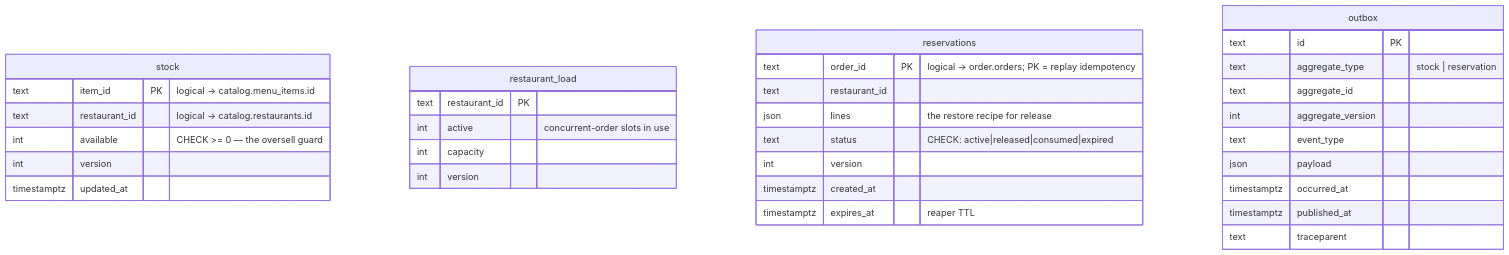
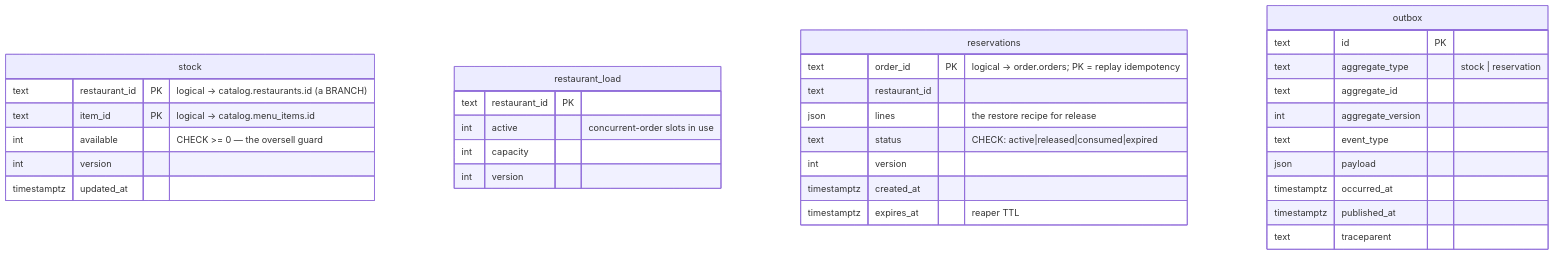
Before and after one commit to Aizazahmed-7/SmartFoodOps: the third of 7 diagrams in docs/erd.md, drawn with Mermaid. The commit also changed other lines of this file and 69 other files, not shown here.

````diff
--- a/docs/erd.md
+++ b/docs/erd.md
@@ -184,36 +203,36 @@
 ```mermaid
 erDiagram
     stock {
+        text restaurant_id PK "logical -> catalog.restaurants.id (a BRANCH)"
         text item_id PK "logical -> catalog.menu_items.id"
-        text restaurant_id "logical -> catalog.restaurants.id"
         int available "CHECK >= 0 — the oversell guard"
         int version
         timestamptz updated_at
     }
     restaurant_load {
         text restaurant_id PK
         int active "concurrent-order slots in use"
         int capacity
         int version
     }
     reservations {
         text order_id PK "logical -> order.orders; PK = replay idempotency"
         text restaurant_id
         json lines "the restore recipe for release"
         text status "CHECK: active|released|consumed|expired"
         int version
         timestamptz created_at
         timestamptz expires_at "reaper TTL"
     }
     outbox {
         text id PK
         text aggregate_type "stock | reservation"
         text aggregate_id
         int aggregate_version
         text event_type
         json payload
         timestamptz occurred_at
         timestamptz published_at
         text traceparent
     }
 ```
````
